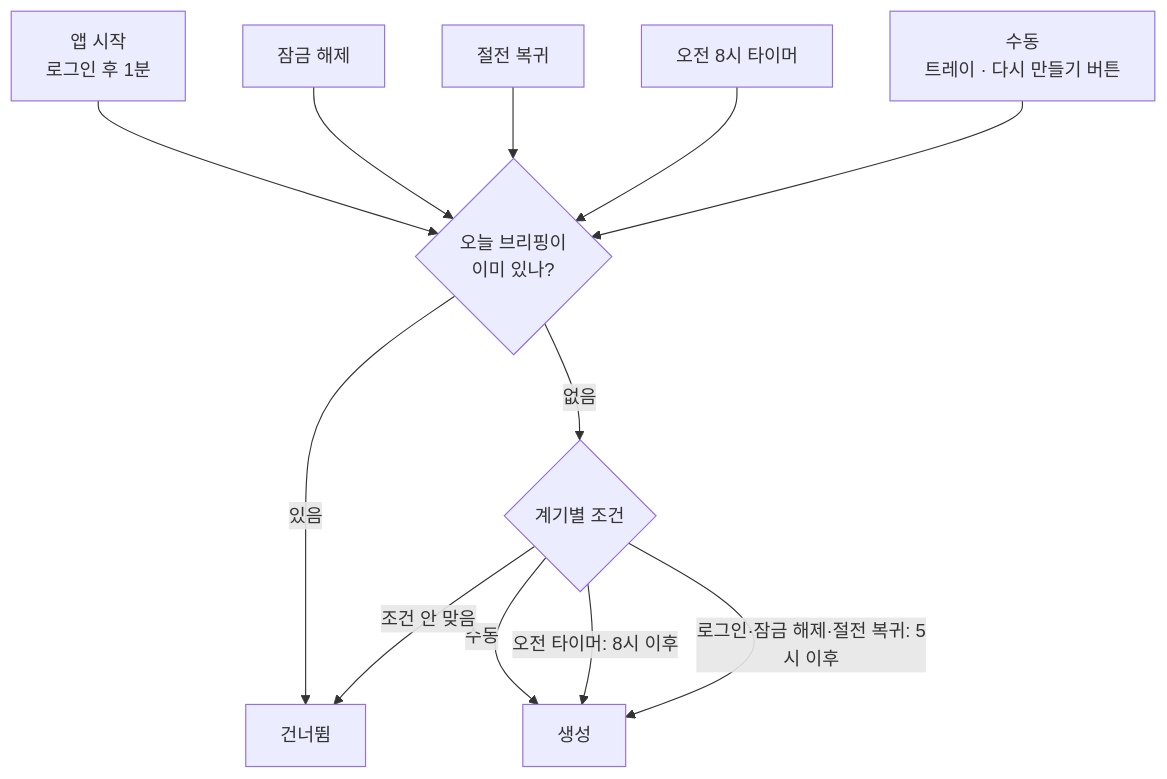
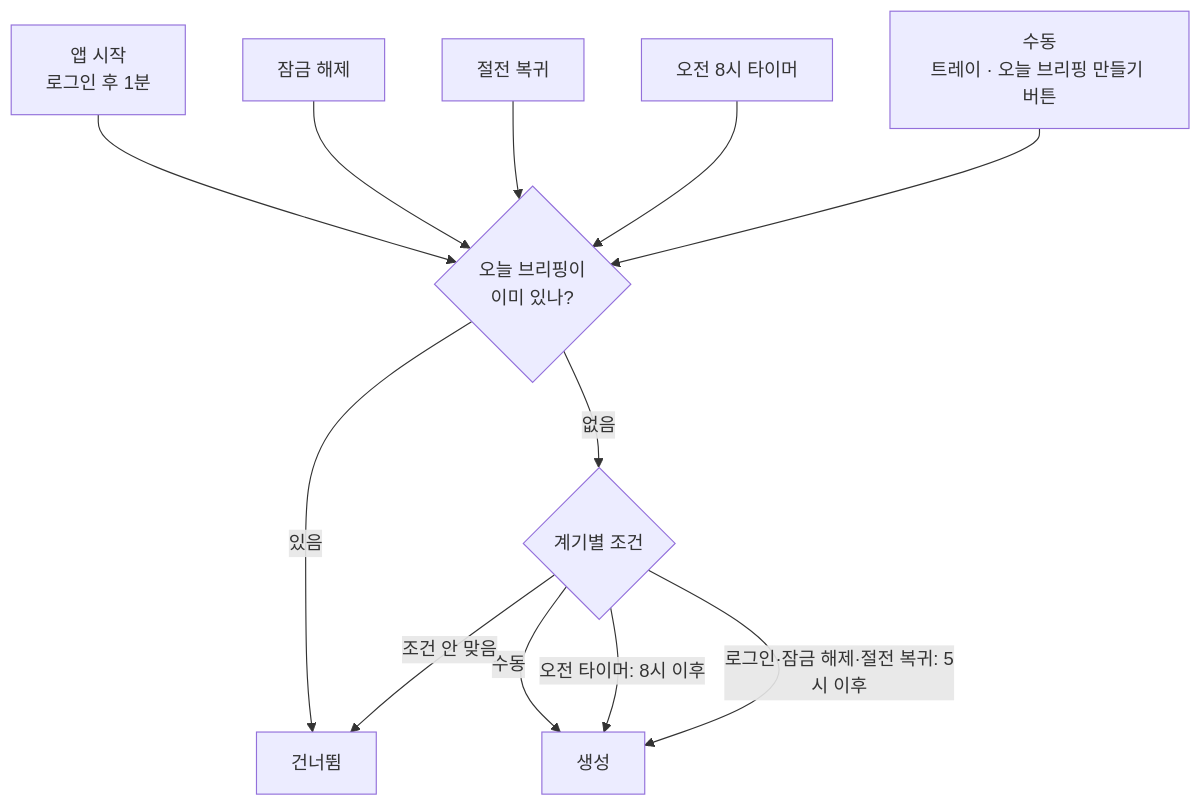
The first of 7 diagrams in docs/04-business-flows.md (EPIGEXE/jogan-news), drawn with Mermaid before and after one commit. The commit also changed other lines of this file and 123 other files, not shown here.

````diff
--- a/docs/04-business-flows.md
+++ b/docs/04-business-flows.md
@@ -11,14 +11,14 @@
 ```mermaid
 flowchart TB
   A[앱 시작<br/>로그인 후 1분] --> J
   B[잠금 해제] --> J
   C[절전 복귀] --> J
   D[오전 8시 타이머] --> J
-  E[수동<br/>트레이 · 다시 만들기 버튼] --> J
+  E[수동<br/>트레이 · 오늘 브리핑 만들기 버튼] --> J
   J{오늘 브리핑이<br/>이미 있나?} -- 있음 --> X[건너뜀]
   J -- 없음 --> K{계기별 조건}
   K -- 수동 --> G[생성]
   K -- 오전 타이머: 8시 이후 --> G
   K -- 로그인·잠금 해제·절전 복귀: 5시 이후 --> G
   K -- 조건 안 맞음 --> X
 ```
````
